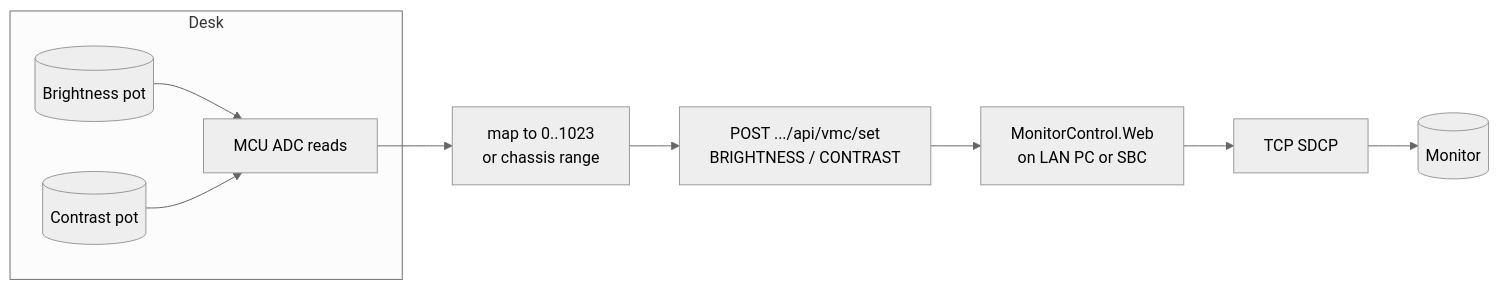
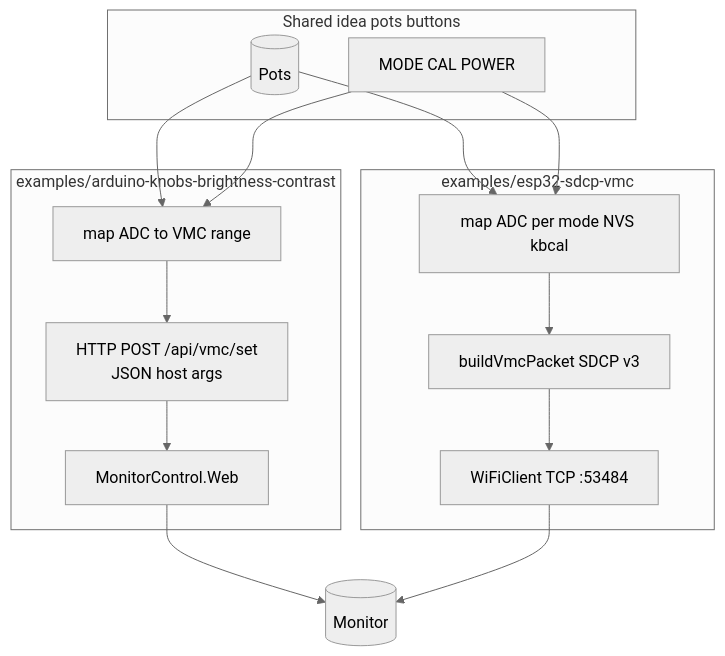
Before and after one commit to andrew867/MonitorControlSDK: the tenth of 13 diagrams in docs/diagrams/monitor-control-flows.md, drawn with Mermaid (neutral theme). The commit also changed other lines of this file and 23 other files, not shown here.

First line of the commit message:
docs: diagrams and cross-refs for ESP32 native SDCP, Python proxy

````diff
--- a/docs/diagrams/monitor-control-flows.md
+++ b/docs/diagrams/monitor-control-flows.md
@@ -156,16 +243,29 @@
 ```mermaid
-flowchart LR
-  subgraph Desk
-    P1[(Brightness pot)]
-    P2[(Contrast pot)]
-    ADC[MCU ADC reads]
+flowchart TB
+  subgraph Sensors[Shared idea pots buttons]
+    P1[(Pots)]
+    Btn[MODE CAL POWER]
   end
 
-  P1 --> ADC
-  P2 --> ADC
-  ADC --> Map[map to 0..1023\nor chassis range]
-  Map --> HTTP["POST .../api/vmc/set<br/>BRIGHTNESS / CONTRAST"]
-  HTTP --> GW["MonitorControl.Web<br/>on LAN PC or SBC"]
-  GW --> SDCP[TCP SDCP]
-  SDCP --> Mon[(Monitor)]
+  subgraph PathHttp["examples/arduino-knobs-brightness-contrast"]
+    MapH[map ADC to VMC range]
+    Http["HTTP POST /api/vmc/set<br/>JSON host args"]
+    GW[MonitorControl.Web]
+  end
+
+  subgraph PathNative["examples/esp32-sdcp-vmc"]
+    MapN[map ADC per mode NVS kbcal]
+    Build[buildVmcPacket SDCP v3]
+    Tcp[WiFiClient TCP :53484]
+  end
+
+  Mon[(Monitor)]
+
+  P1 --> MapH
+  Btn --> MapH
+  MapH --> Http --> GW --> Mon
+
+  P1 --> MapN
+  Btn --> MapN
+  MapN --> Build --> Tcp --> Mon
 ```
````
